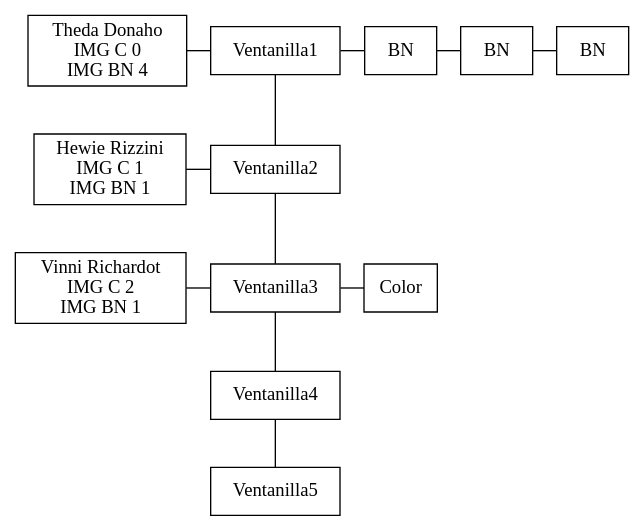
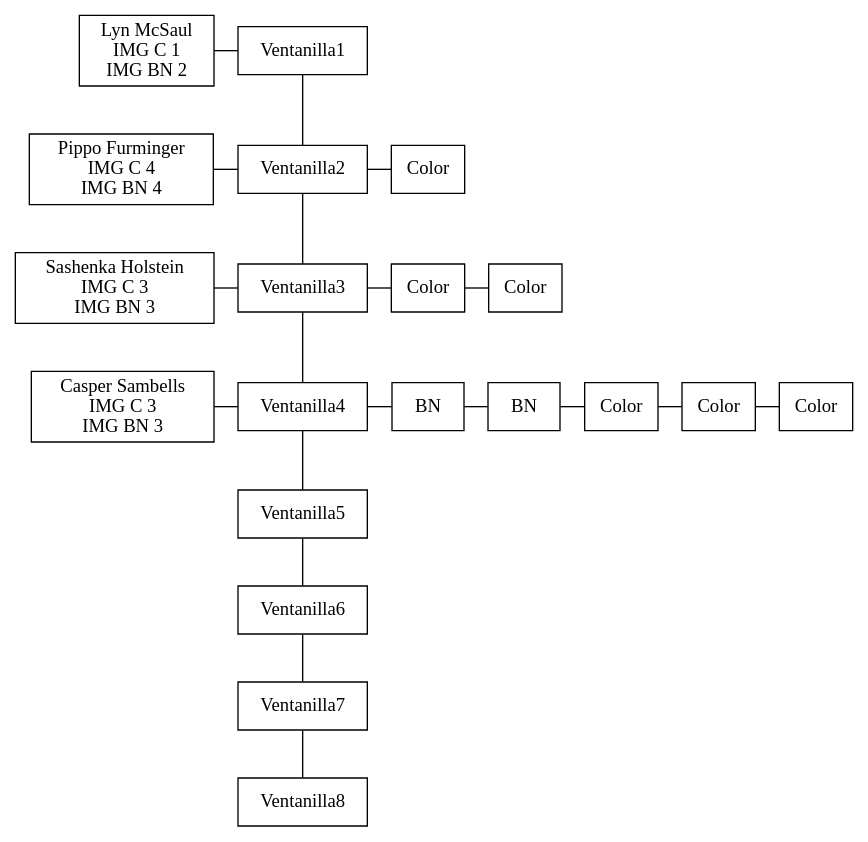
Before and after one commit to d-acetun/simulacion-sistema-impresion-de-imagenes: the diagram in Fase1/listaVentanillas.dot, drawn with Graphviz. The commit also changed 16 other files, not shown here.

```diff
--- a/Fase1/listaVentanillas.dot
+++ b/Fase1/listaVentanillas.dot
@@ -1,35 +1,56 @@
 digraph listaVentanillas {
 node[shape=box]
 edge[arrowhead=none]
 0 [label=Ventanilla1]
-1 [label="Theda Donaho\nIMG C 0\nIMG BN 4"]
-2[label=BN]
-3[label=BN]
-4[label=BN]
-5 [label=Ventanilla2]
-6 [label="Hewie Rizzini\nIMG C 1\nIMG BN 1"]
-7 [label=Ventanilla3]
-8 [label="Vinni Richardot\nIMG C 2\nIMG BN 1"]
-9[label=Color]
-10 [label=Ventanilla4]
-11 [label=Ventanilla5]
+1 [label="Lyn McSaul\nIMG C 1\nIMG BN 2"]
+2 [label=Ventanilla2]
+3 [label="Pippo Furminger\nIMG C 4\nIMG BN 4"]
+4[label=Color]
+5 [label=Ventanilla3]
+6 [label="Sashenka Holstein\nIMG C 3\nIMG BN 3"]
+7[label=Color]
+8[label=Color]
+9 [label=Ventanilla4]
+10 [label="Casper Sambells\nIMG C 3\nIMG BN 3"]
+11[label=BN]
+12[label=BN]
+13[label=Color]
+14[label=Color]
+15[label=Color]
+16 [label=Ventanilla5]
+17 [label=Ventanilla6]
+18 [label=Ventanilla7]
+19 [label=Ventanilla8]
 1->0
 0->2
-2->3
-3->4
-0->5
+3->2
+2->4
+2->5
 6->5
 5->7
-8->7
-7->9
-7->10
-10->11
+7->8
+5->9
+10->9
+9->11
+11->12
+12->13
+13->14
+14->15
+9->16
+16->17
+17->18
+18->19
 {rank=same; 1; 0}
-{rank=same; 0; 2}
-{rank=same; 2; 3}
-{rank=same; 3; 4}
+{rank=same; 3; 2}
+{rank=same; 2; 4}
 {rank=same; 6; 5}
-{rank=same; 8; 7}
-{rank=same; 7; 9}
+{rank=same; 5; 7}
+{rank=same; 7; 8}
+{rank=same; 10; 9}
+{rank=same; 9; 11}
+{rank=same; 11; 12}
+{rank=same; 12; 13}
+{rank=same; 13; 14}
+{rank=same; 14; 15}
 rankdir=TB
 }
```
